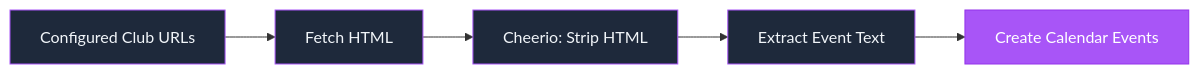
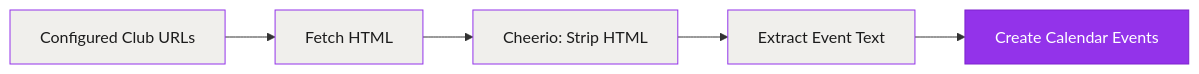
One commit to neuromaxer/AssisTUM changed the ninth of 11 diagrams in pitch-deck/slides.md. Above: the diagram before and after it, drawn with Mermaid. The commit also changed other lines of this file and 2 other files, not shown here.

Commit message:
fix: switch to light theme, fix diagram overflow, add screenshot placeholders

````diff
--- a/pitch-deck/slides.md
+++ b/pitch-deck/slides.md
@@ -453,12 +465,12 @@
 ```mermaid {scale: 0.6}
 graph LR
     URLS["Configured Club URLs"] --> FETCH["Fetch HTML"]
     FETCH --> PARSE["Cheerio: Strip HTML"]
     PARSE --> EXTRACT["Extract Event Text"]
     EXTRACT --> CREATE["Create Calendar Events"]
-    style URLS fill:#1e293b,stroke:#a855f7,color:#f1f5f9
-    style FETCH fill:#1e293b,stroke:#a855f7,color:#f1f5f9
-    style PARSE fill:#1e293b,stroke:#a855f7,color:#f1f5f9
-    style EXTRACT fill:#1e293b,stroke:#a855f7,color:#f1f5f9
-    style CREATE fill:#a855f7,stroke:#9333ea,color:#fff
+    style URLS fill:#f0efec,stroke:#9333ea,color:#1c1c1c
+    style FETCH fill:#f0efec,stroke:#9333ea,color:#1c1c1c
+    style PARSE fill:#f0efec,stroke:#9333ea,color:#1c1c1c
+    style EXTRACT fill:#f0efec,stroke:#9333ea,color:#1c1c1c
+    style CREATE fill:#9333ea,stroke:#7e22ce,color:#ffffff
 ```
````
